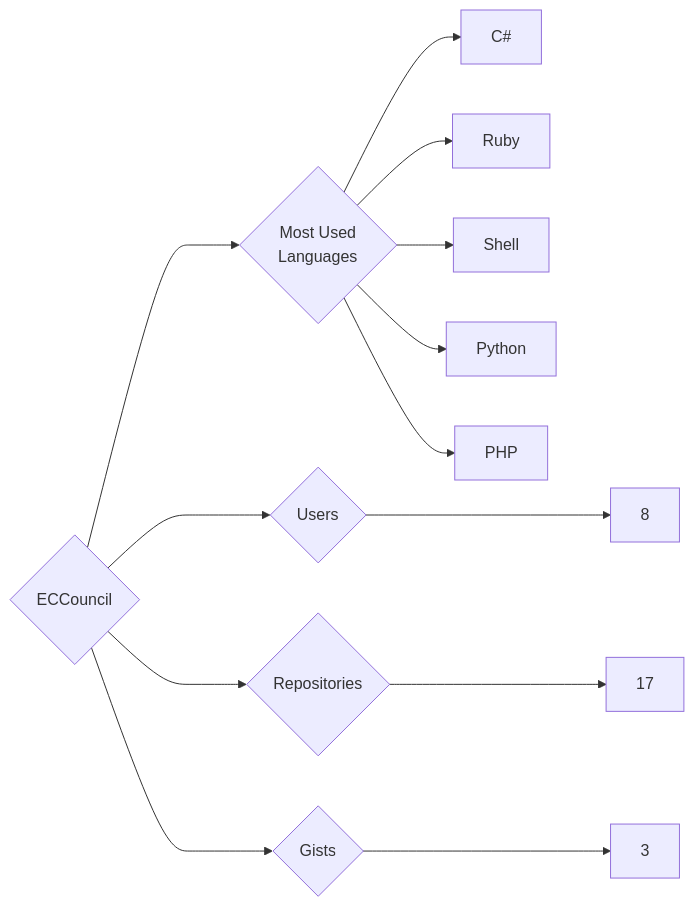
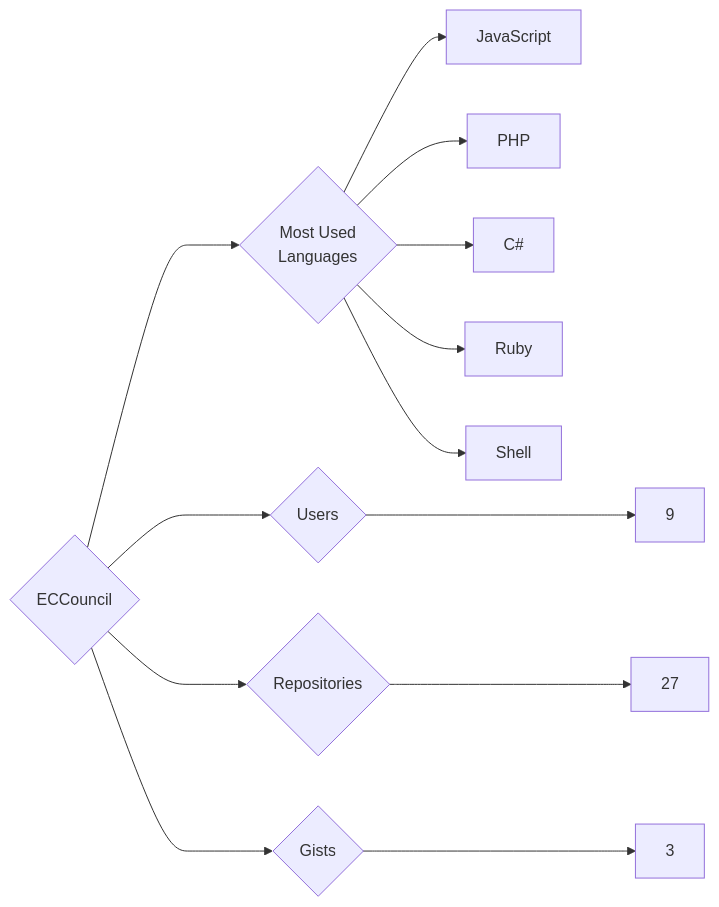
One commit to trickest/insiders changed the diagram in targets/ECCouncil/README.md. Above: the diagram before and after it, drawn with Mermaid. The commit also changed 1167 other files, not shown here.

````diff
--- a/targets/ECCouncil/README.md
+++ b/targets/ECCouncil/README.md
@@ -3,13 +3,13 @@
 ```mermaid
 graph LR
 COMPANY_NAME{ECCouncil}
-COMPANY_NAME ---> U{Users} ---> UN[8]
-COMPANY_NAME ---> R{Repositories} ---> RN[17]
+COMPANY_NAME ---> U{Users} ---> UN[9]
+COMPANY_NAME ---> R{Repositories} ---> RN[27]
 COMPANY_NAME ---> G{Gists} ---> GN[3]
 COMPANY_NAME ---> ML{Most Used<br>Languages}
+ML --> JavaScript[JavaScript]
+ML --> PHP[PHP]
 ML --> C#[C#]
 ML --> Ruby[Ruby]
 ML --> Shell[Shell]
-ML --> Python[Python]
-ML --> PHP[PHP]
 ```
````
